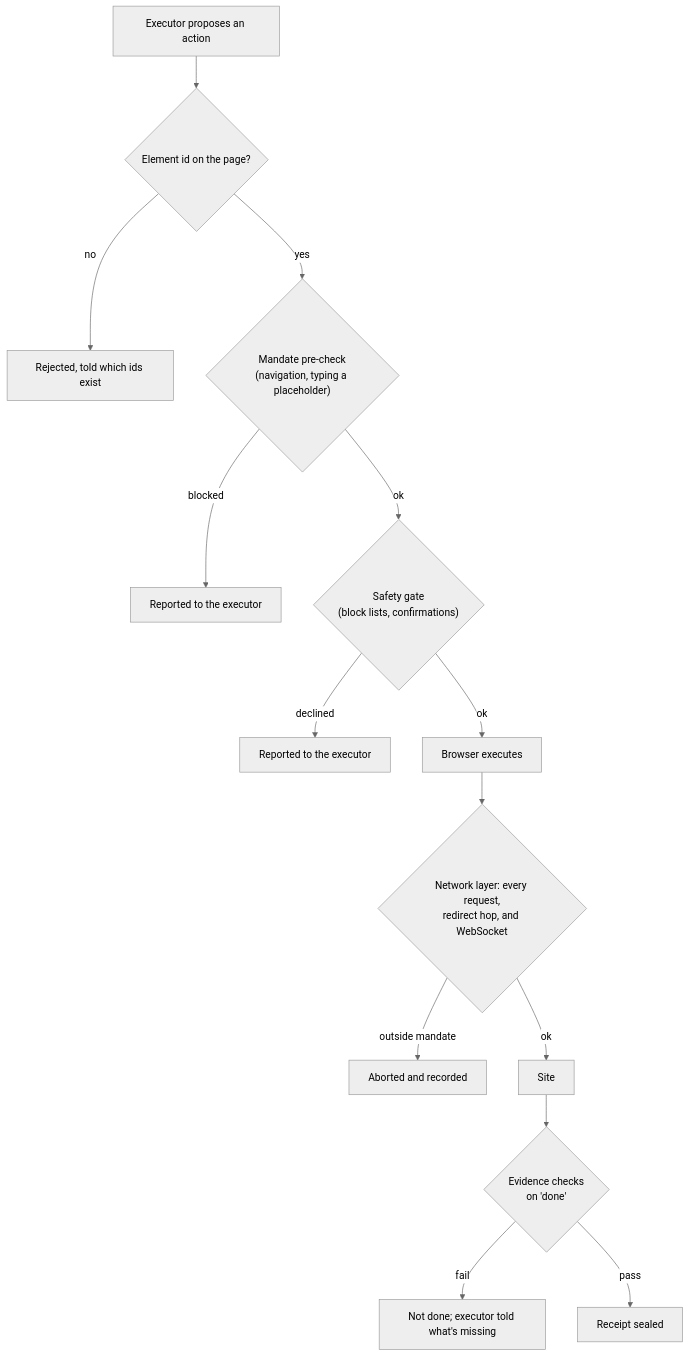
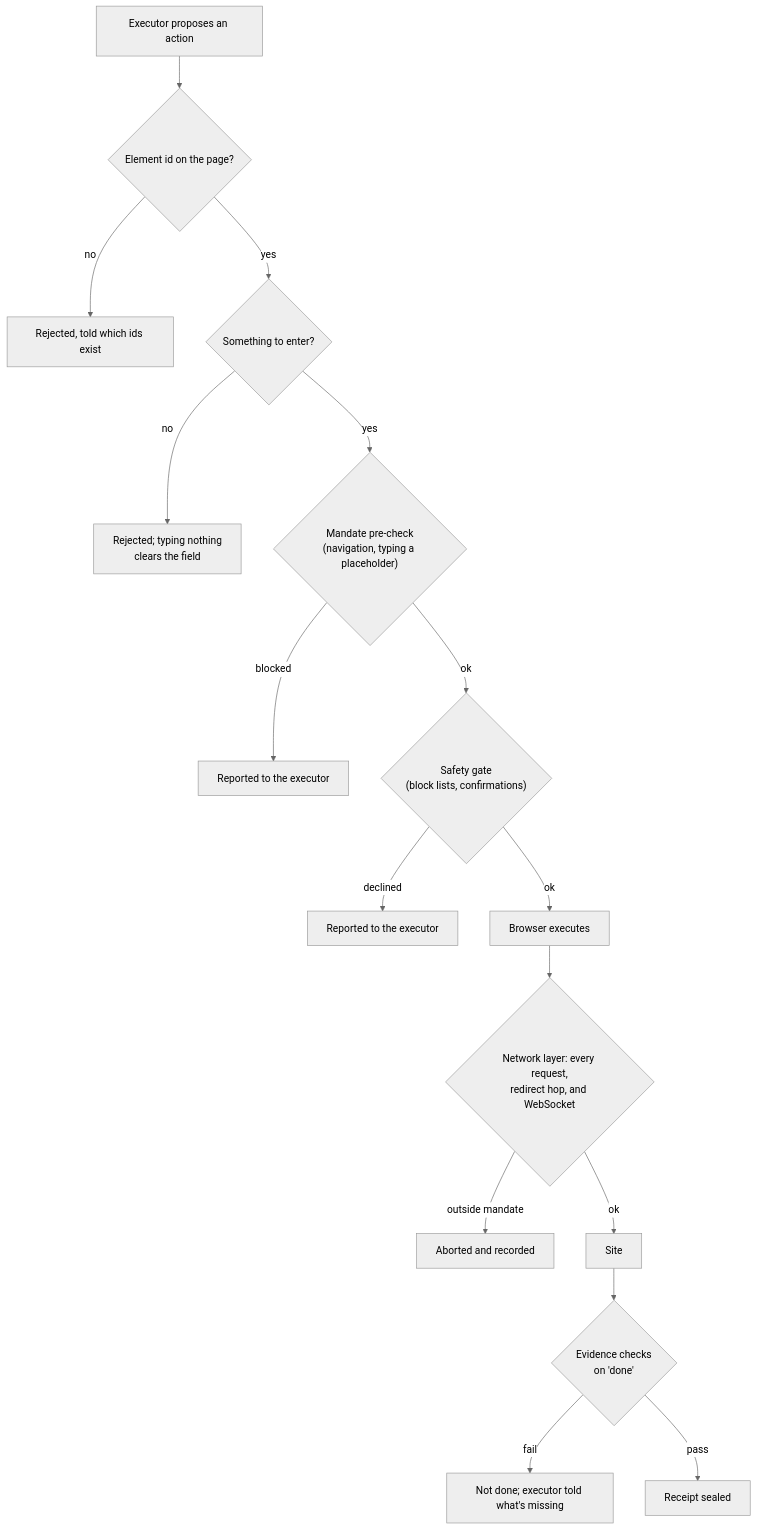
The third of 3 diagrams in docs/architecture.md (Kush-Meta/web-lobster), drawn with Mermaid (neutral theme) before and after one commit. The commit also changed other lines of this file and 7 other files, not shown here.

````diff
--- a/docs/architecture.md
+++ b/docs/architecture.md
@@ -217,16 +219,18 @@
 ```mermaid
 flowchart TB
     A["Executor proposes an action"] --> B{"Element id on the page?"}
     B -- no --> R1["Rejected, told which ids exist"]
-    B -- yes --> C{"Mandate pre-check<br/>(navigation, typing a placeholder)"}
+    B -- yes --> B2{"Something to enter?"}
+    B2 -- no --> R0["Rejected; typing nothing<br/>clears the field"]
+    B2 -- yes --> C{"Mandate pre-check<br/>(navigation, typing a placeholder)"}
     C -- blocked --> R2["Reported to the executor"]
     C -- ok --> D{"Safety gate<br/>(block lists, confirmations)"}
     D -- declined --> R3["Reported to the executor"]
     D -- ok --> E["Browser executes"]
     E --> F{"Network layer: every request,<br/>redirect hop, and WebSocket"}
     F -- outside mandate --> R4["Aborted and recorded"]
     F -- ok --> G["Site"]
     G --> H{"Evidence checks<br/>on 'done'"}
     H -- fail --> R5["Not done; executor told what's missing"]
     H -- pass --> I["Receipt sealed"]
 ```
````
